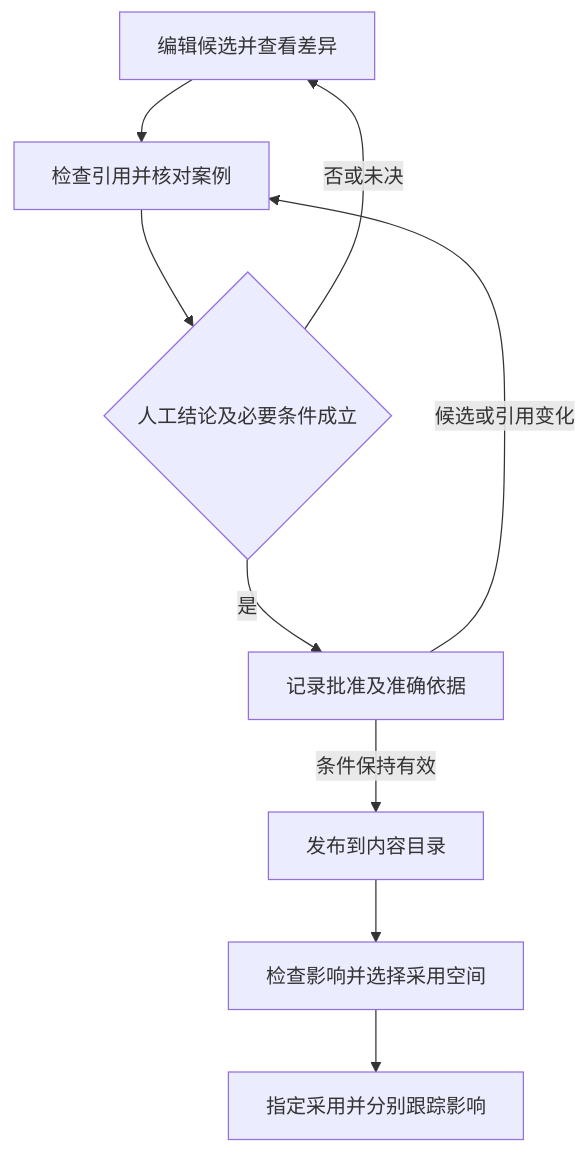
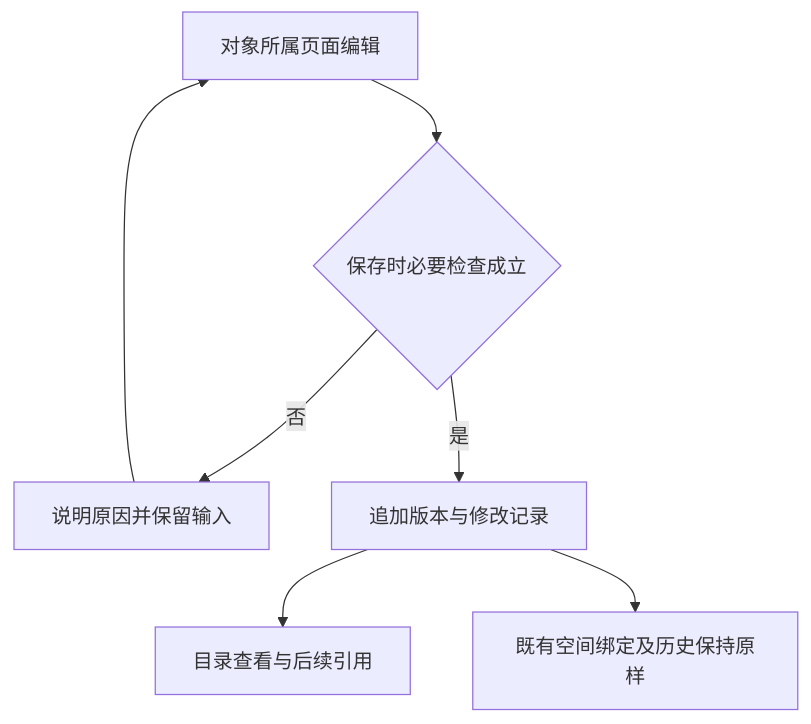
The seventh of 13 diagrams in doc/mvp/phase-4-product-and-domain-foundation/MVP_Product_and_Interaction_Design.md (ivgotcrazy/deermind), drawn with Mermaid before and after one commit. The commit also changed other lines of this file and 189 other files, not shown here.

````diff
--- a/doc/mvp/phase-4-product-and-domain-foundation/MVP_Product_and_Interaction_Design.md
+++ b/doc/mvp/phase-4-product-and-domain-foundation/MVP_Product_and_Interaction_Design.md
@@ -364,11 +371,9 @@
 ```mermaid
 flowchart TB
-  A[编辑候选并查看差异] --> B[检查引用并核对案例]
-  B --> C{人工结论及必要条件成立}
-  C -->|否或未决| A
-  C -->|是| D[记录批准及准确依据]
-  D -->|候选或引用变化| B
-  D -->|条件保持有效| E[发布到内容目录]
-  E --> F[检查影响并选择采用空间]
-  F --> G[指定采用并分别跟踪影响]
+  A[对象所属页面编辑] --> B{保存时必要检查成立}
+  B -->|否| C[说明原因并保留输入]
+  C --> A
+  B -->|是| D[追加版本与修改记录]
+  D --> E[目录查看与后续引用]
+  D --> F[既有空间绑定及历史保持原样]
 ```
````
